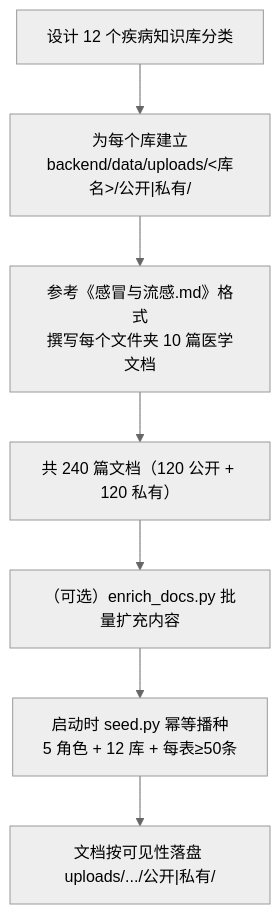
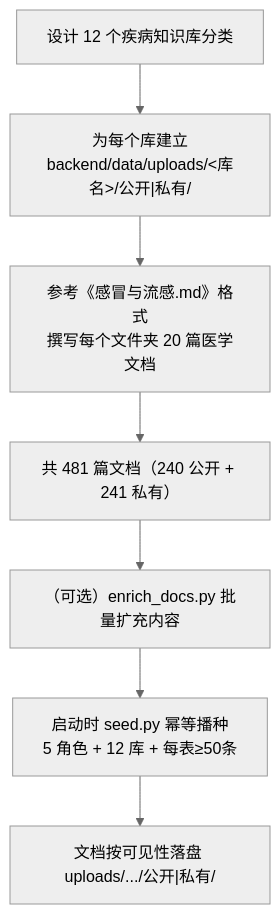
One commit to SFANBLOG/medical-assistant-master changed the fifth of 14 diagrams in 面试准备/项目完整架构与流程图.md. Above: the diagram before and after it, drawn with Mermaid (neutral theme). The commit also changed other lines of this file and 359 other files, not shown here.

````diff
--- a/面试准备/项目完整架构与流程图.md
+++ b/面试准备/项目完整架构与流程图.md
@@ -155,9 +155,9 @@
 ```mermaid
 flowchart TD
     A["设计 12 个疾病知识库分类"] --> B["为每个库建立<br/>backend/data/uploads/<库名>/公开|私有/"]
-    B --> C["参考《感冒与流感.md》格式<br/>撰写每个文件夹 10 篇医学文档"]
-    C --> D["共 240 篇文档（120 公开 + 120 私有）"]
+    B --> C["参考《感冒与流感.md》格式<br/>撰写每个文件夹 20 篇医学文档"]
+    C --> D["共 481 篇文档（240 公开 + 241 私有）"]
     D --> E["（可选）enrich_docs.py 批量扩充内容"]
     E --> F["启动时 seed.py 幂等播种<br/>5 角色 + 12 库 + 每表≥50条"]
     F --> G["文档按可见性落盘 uploads/.../公开|私有/"]
 ```
````
